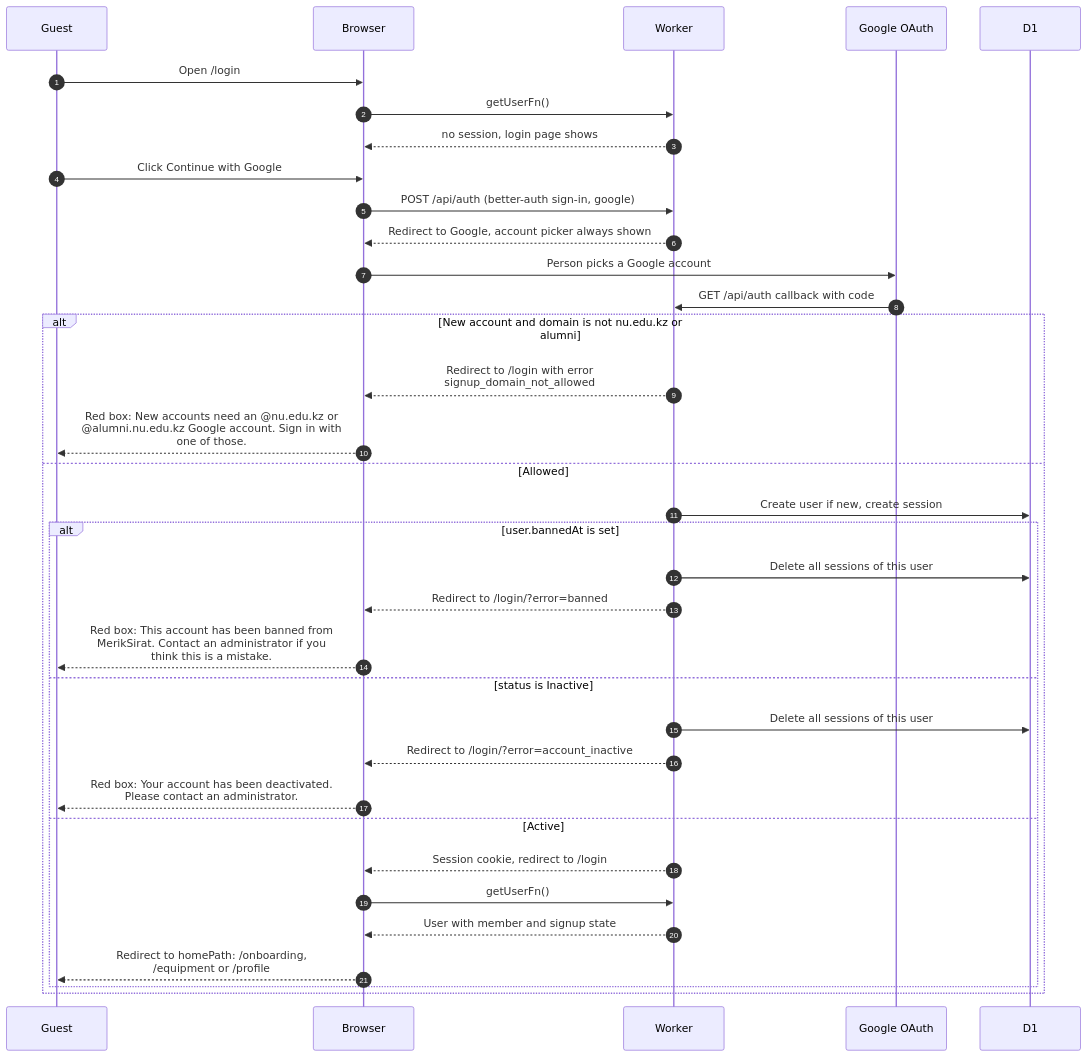
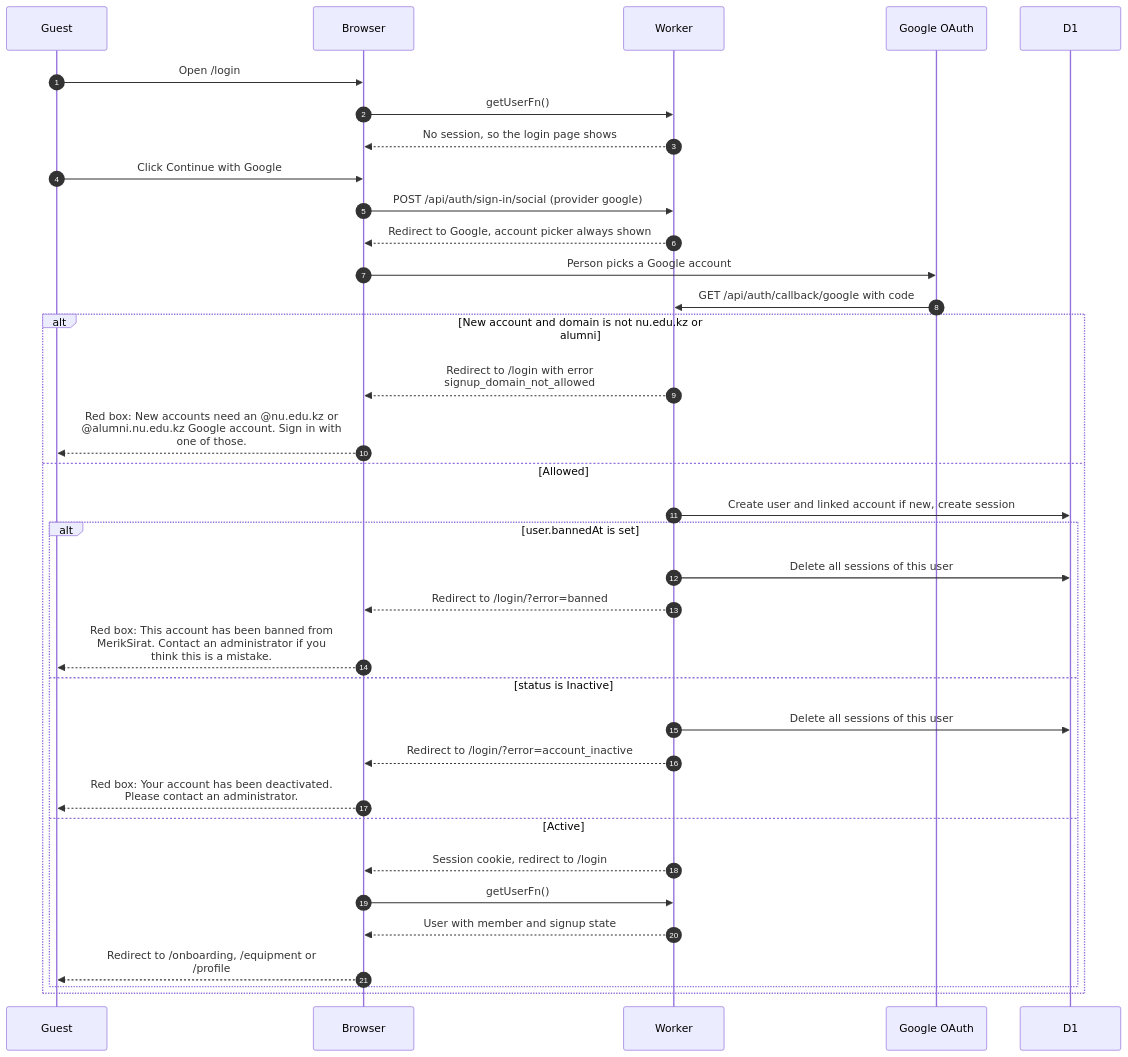
Before and after one commit to sagyzdop/meriksirat: the diagram in docs/scenarios/account/sign-in.md, drawn with Mermaid. The commit also changed other lines of this file and 12 other files, not shown here.

Commit message:
docs(scenarios): verify account diagrams against the code

````diff
--- a/docs/scenarios/account/sign-in.md
+++ b/docs/scenarios/account/sign-in.md
@@ -22,37 +37,37 @@
 ```mermaid
 sequenceDiagram
     autonumber
     participant P as Guest
     participant B as Browser
     participant W as Worker
     participant G as Google OAuth
     participant D as D1
     P->>B: Open /login
     B->>W: getUserFn()
-    W-->>B: no session, login page shows
+    W-->>B: No session, so the login page shows
     P->>B: Click Continue with Google
-    B->>W: POST /api/auth (better-auth sign-in, google)
+    B->>W: POST /api/auth/sign-in/social (provider google)
     W-->>B: Redirect to Google, account picker always shown
     B->>G: Person picks a Google account
-    G->>W: GET /api/auth callback with code
+    G->>W: GET /api/auth/callback/google with code
     alt New account and domain is not nu.edu.kz or alumni
         W-->>B: Redirect to /login with error<br/>signup_domain_not_allowed
         B-->>P: Red box: New accounts need an @nu.edu.kz or<br/>@alumni.nu.edu.kz Google account. Sign in with<br/>one of those.
     else Allowed
-        W->>D: Create user if new, create session
+        W->>D: Create user and linked account if new, create session
         alt user.bannedAt is set
             W->>D: Delete all sessions of this user
             W-->>B: Redirect to /login/?error=banned
             B-->>P: Red box: This account has been banned from<br/>MerikSirat. Contact an administrator if you<br/>think this is a mistake.
         else status is Inactive
             W->>D: Delete all sessions of this user
             W-->>B: Redirect to /login/?error=account_inactive
             B-->>P: Red box: Your account has been deactivated.<br/>Please contact an administrator.
         else Active
             W-->>B: Session cookie, redirect to /login
             B->>W: getUserFn()
             W-->>B: User with member and signup state
-            B-->>P: Redirect to homePath: /onboarding,<br/>/equipment or /profile
+            B-->>P: Redirect to /onboarding, /equipment or<br/>/profile
         end
     end
 ```
````
